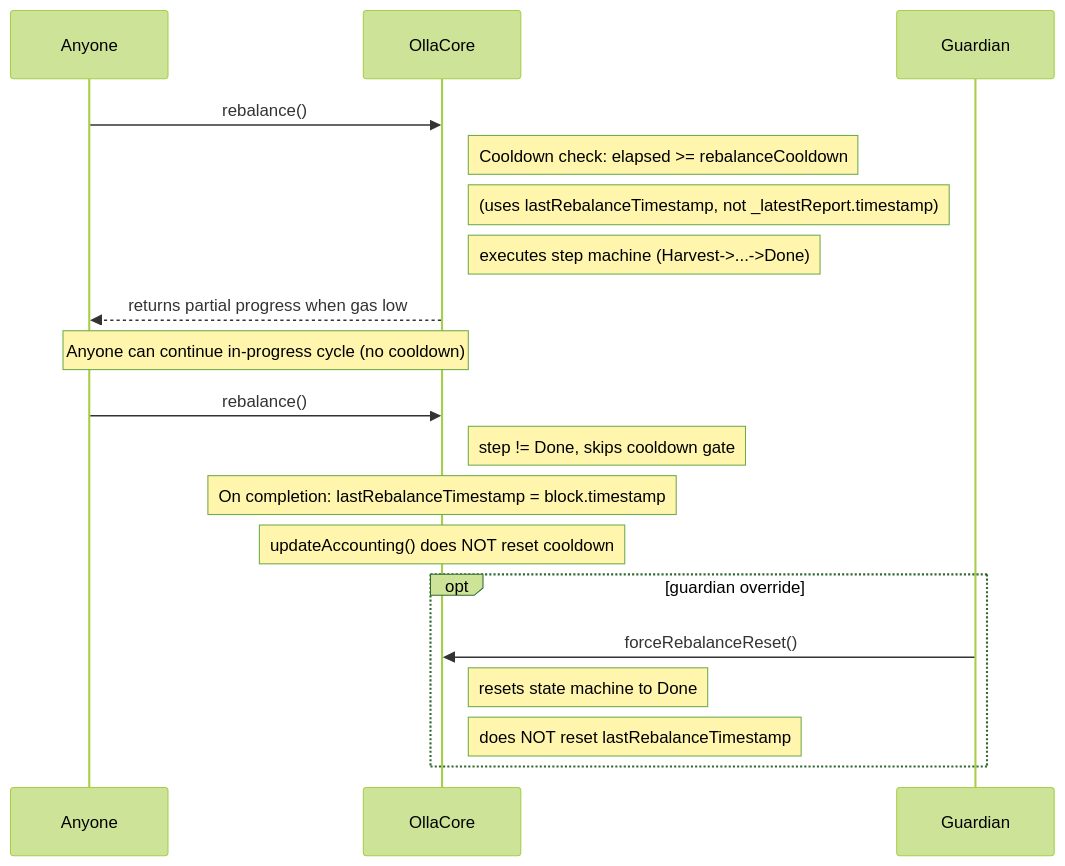
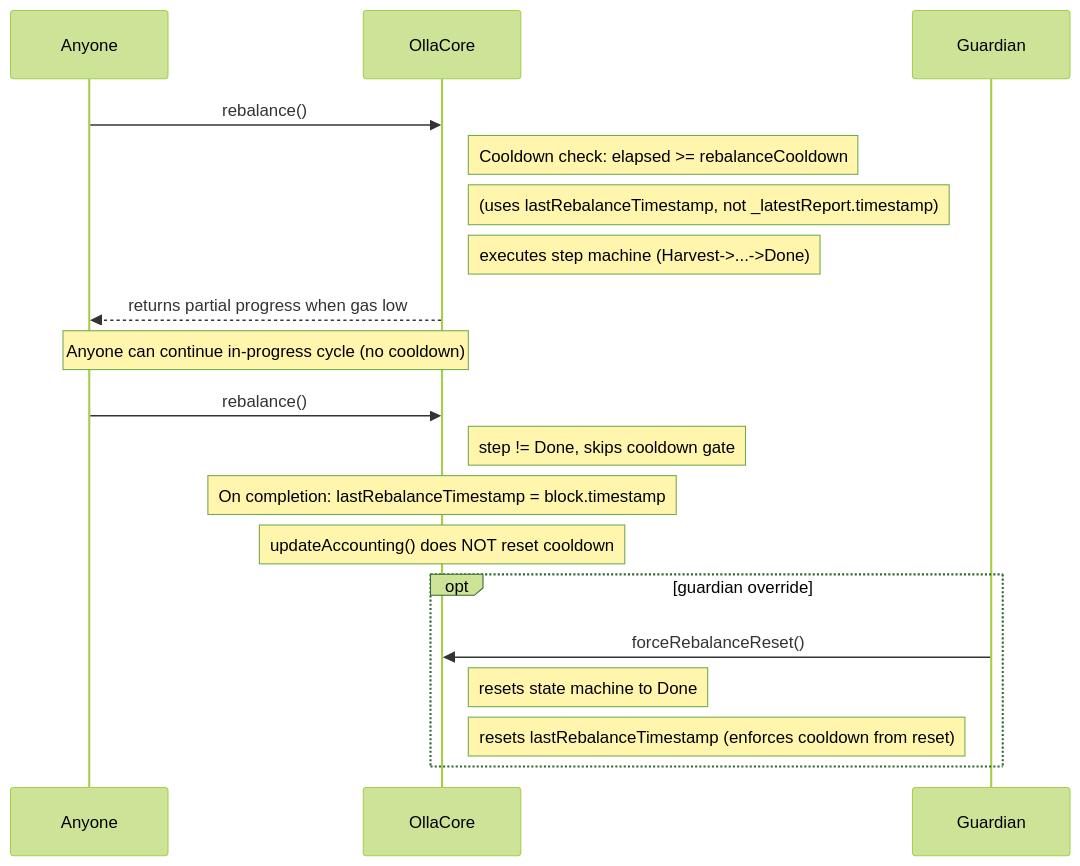
One commit to ollafinance/core changed the eighth of 9 diagrams in docs/architecture/operator-actions.md. Above: the diagram before and after it, drawn with Mermaid (forest theme). The commit also changed 3 other files, not shown here.

First line of the commit message:
fix: reset rebalance cooldown timer in forceRebalanceReset (#344)

````diff
--- a/docs/architecture/operator-actions.md
+++ b/docs/architecture/operator-actions.md
@@ -206,25 +206,25 @@
 ```mermaid
 sequenceDiagram
     participant A as Anyone
     participant C as OllaCore
     participant G as Guardian
 
     A->>C: rebalance()
     Note right of C: Cooldown check: elapsed >= rebalanceCooldown
     Note right of C: (uses lastRebalanceTimestamp, not _latestReport.timestamp)
     Note right of C: executes step machine (Harvest->...->Done)
     C-->>A: returns partial progress when gas low
 
     Note over A,C: Anyone can continue in-progress cycle (no cooldown)
     A->>C: rebalance()
     Note right of C: step != Done, skips cooldown gate
 
     Note over C: On completion: lastRebalanceTimestamp = block.timestamp
     Note over C: updateAccounting() does NOT reset cooldown
 
     opt guardian override
         G->>C: forceRebalanceReset()
         Note right of C: resets state machine to Done
-        Note right of C: does NOT reset lastRebalanceTimestamp
+        Note right of C: resets lastRebalanceTimestamp (enforces cooldown from reset)
     end
 ```
````
